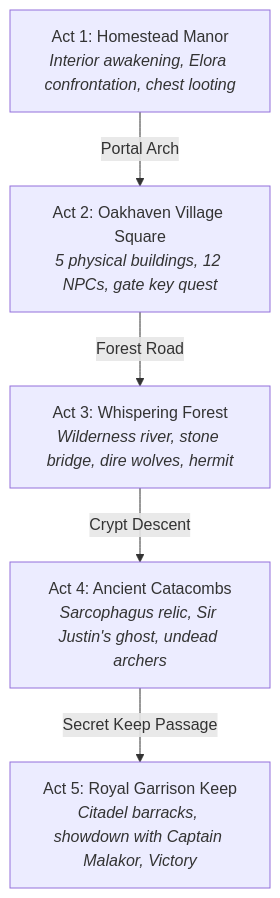
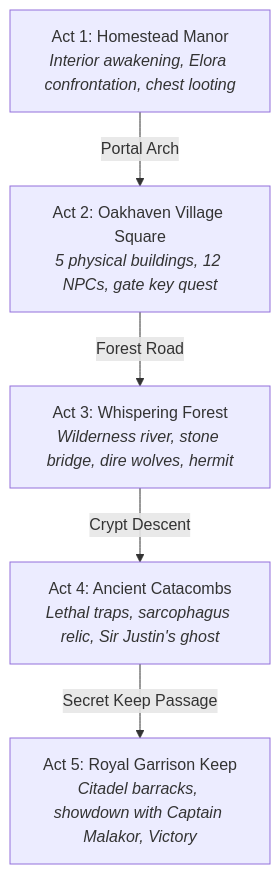
One commit to nddipiazza/robos changed the diagram in docs/projects/crpg-realm.md. Above: the diagram before and after it, drawn with Mermaid. The commit also changed other lines of this file and 17 other files, not shown here.

````diff
--- a/docs/projects/crpg-realm.md
+++ b/docs/projects/crpg-realm.md
@@ -58,7 +59,7 @@
 ```mermaid
 graph TD
     Act1["Act 1: Homestead Manor<br/><i>Interior awakening, Elora confrontation, chest looting</i>"] -->|Portal Arch| Act2["Act 2: Oakhaven Village Square<br/><i>5 physical buildings, 12 NPCs, gate key quest</i>"]
     Act2 -->|Forest Road| Act3["Act 3: Whispering Forest<br/><i>Wilderness river, stone bridge, dire wolves, hermit</i>"]
-    Act3 -->|Crypt Descent| Act4["Act 4: Ancient Catacombs<br/><i>Sarcophagus relic, Sir Justin's ghost, undead archers</i>"]
+    Act3 -->|Crypt Descent| Act4["Act 4: Ancient Catacombs<br/><i>Lethal traps, sarcophagus relic, Sir Justin's ghost</i>"]
     Act4 -->|Secret Keep Passage| Act5["Act 5: Royal Garrison Keep<br/><i>Citadel barracks, showdown with Captain Malakor, Victory</i>"]
 ```
````
